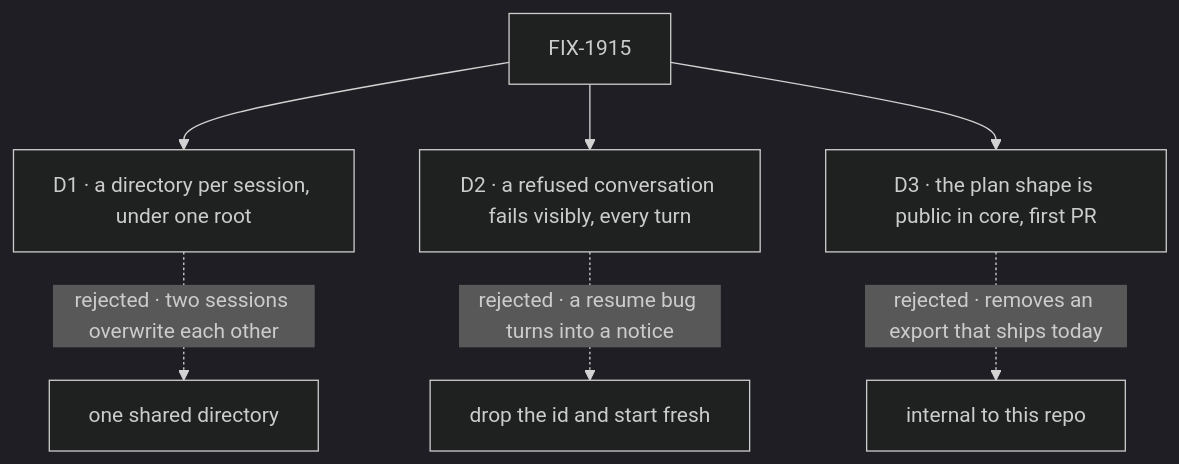
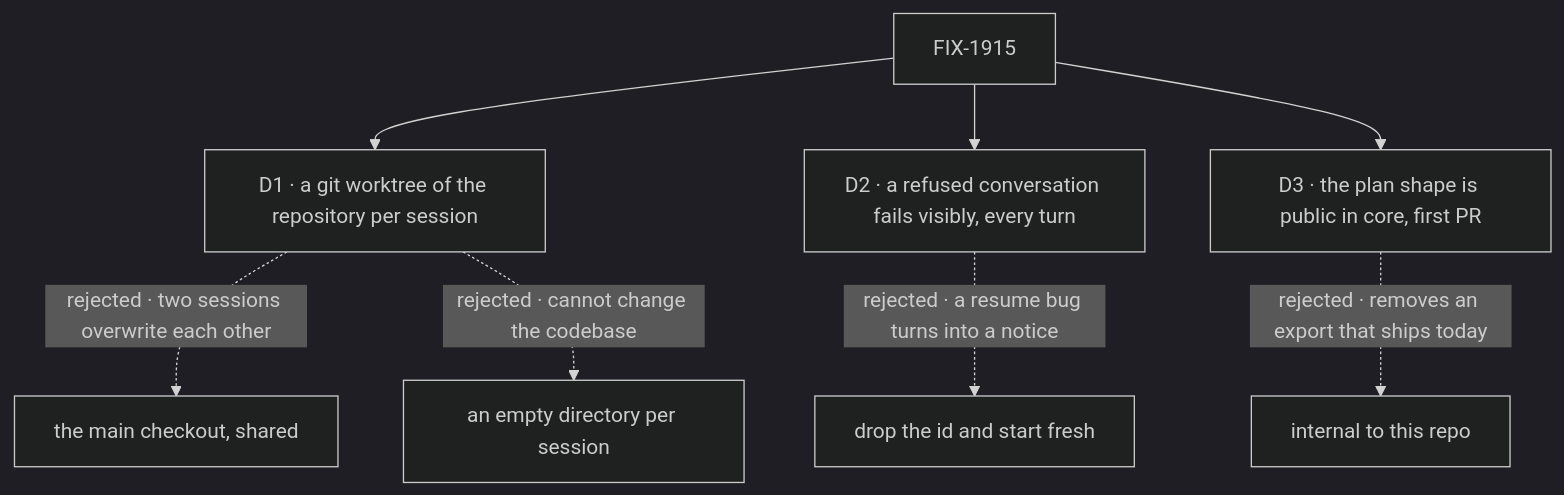
Before and after one commit to fixpoint-labs/flow-state-dev: the diagram in specs/issues/FIX-1915/DECISIONS.md, drawn with Mermaid (dark theme). The commit also changed other lines of this file and 6 other files, not shown here.

First line of the commit message:
spec(FIX-1915): review round 2, a worktree per session on this repository, one whole-list plan writer in core

````diff
--- a/specs/issues/FIX-1915/DECISIONS.md
+++ b/specs/issues/FIX-1915/DECISIONS.md
@@ -12,9 +12,10 @@
 ```mermaid
 flowchart TD
-  I["FIX-1915"] --> D1["D1 · a directory per session, under one root"]
-  D1 -.->|"rejected · two sessions overwrite each other"| X1["one shared directory"]
+  I["FIX-1915"] --> D1["D1 · a git worktree of the repository per session"]
+  D1 -.->|"rejected · two sessions overwrite each other"| X1["the main checkout, shared"]
+  D1 -.->|"rejected · cannot change the codebase"| X1b["an empty directory per session"]
   I --> D2["D2 · a refused conversation fails visibly, every turn"]
   D2 -.->|"rejected · a resume bug turns into a notice"| X2["drop the id and start fresh"]
   I --> D3["D3 · the plan shape is public in core, first PR"]
   D3 -.->|"rejected · removes an export that ships today"| X3["internal to this repo"]
 ```
````
